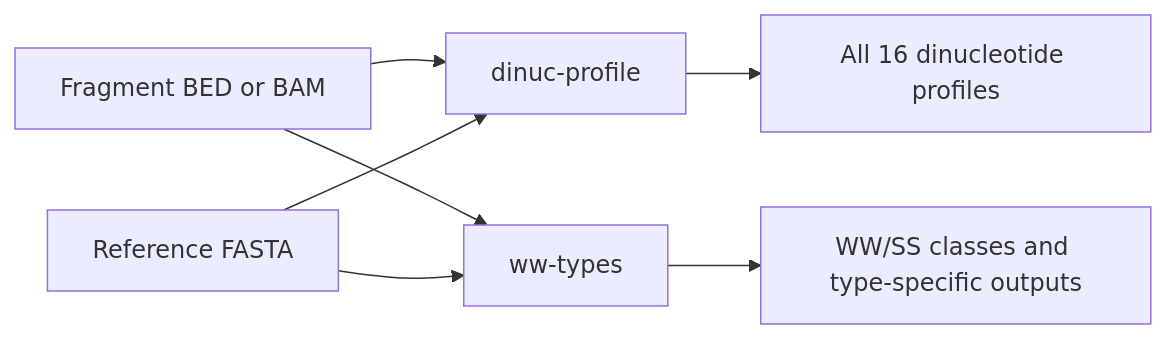
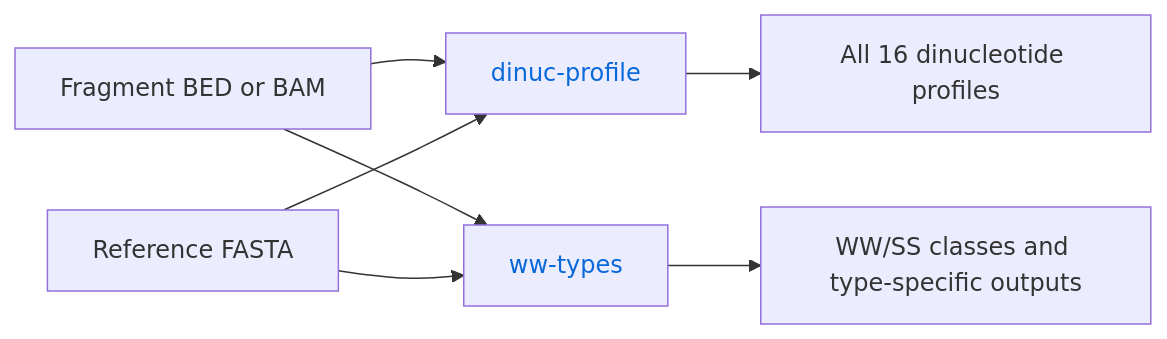
Before and after one commit to adjohnston85/NucleoSuite: diagram 12 of 16 in docs/WORKFLOWS.md, drawn with Mermaid. The commit also changed other lines of this file and 9 other files, not shown here.

````diff
--- a/docs/WORKFLOWS.md
+++ b/docs/WORKFLOWS.md
@@ -282,9 +328,14 @@
 ```mermaid
 flowchart LR
     A[Fragment BED or BAM] --> C[dinuc-profile]
     B[Reference FASTA] --> C
     A --> D[ww-types]
     B --> D
     C --> E[All 16 dinucleotide profiles]
     D --> F[WW/SS classes and type-specific outputs]
+
+    classDef commandLink color:#0969da,text-decoration:none;
+    class C,D commandLink;
+    click C href "https://github.com/adjohnston85/NucleoSuite/blob/main/docs/commands/dinuc-profile.md" "Open dinuc-profile documentation"
+    click D href "https://github.com/adjohnston85/NucleoSuite/blob/main/docs/commands/ww-types.md" "Open ww-types documentation"
 ```
````
